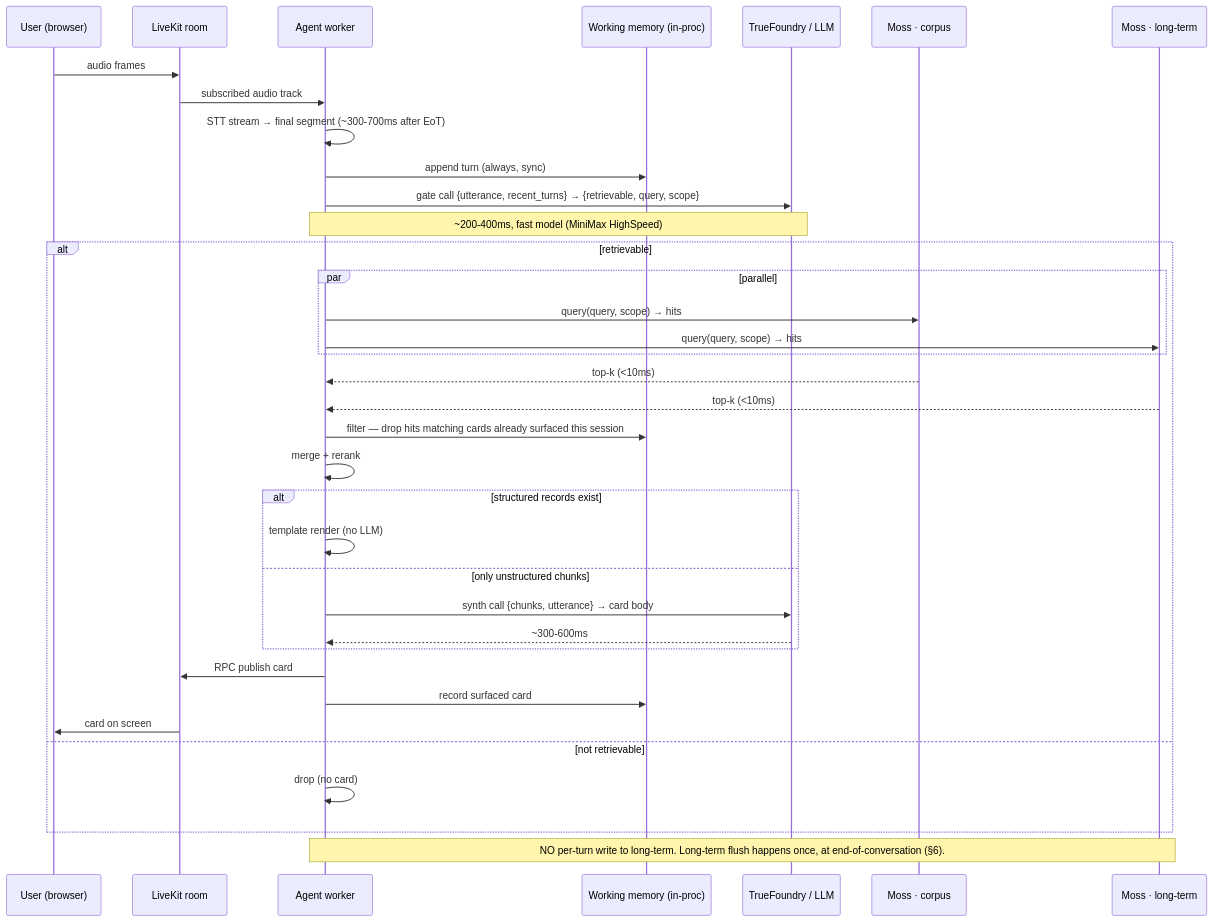
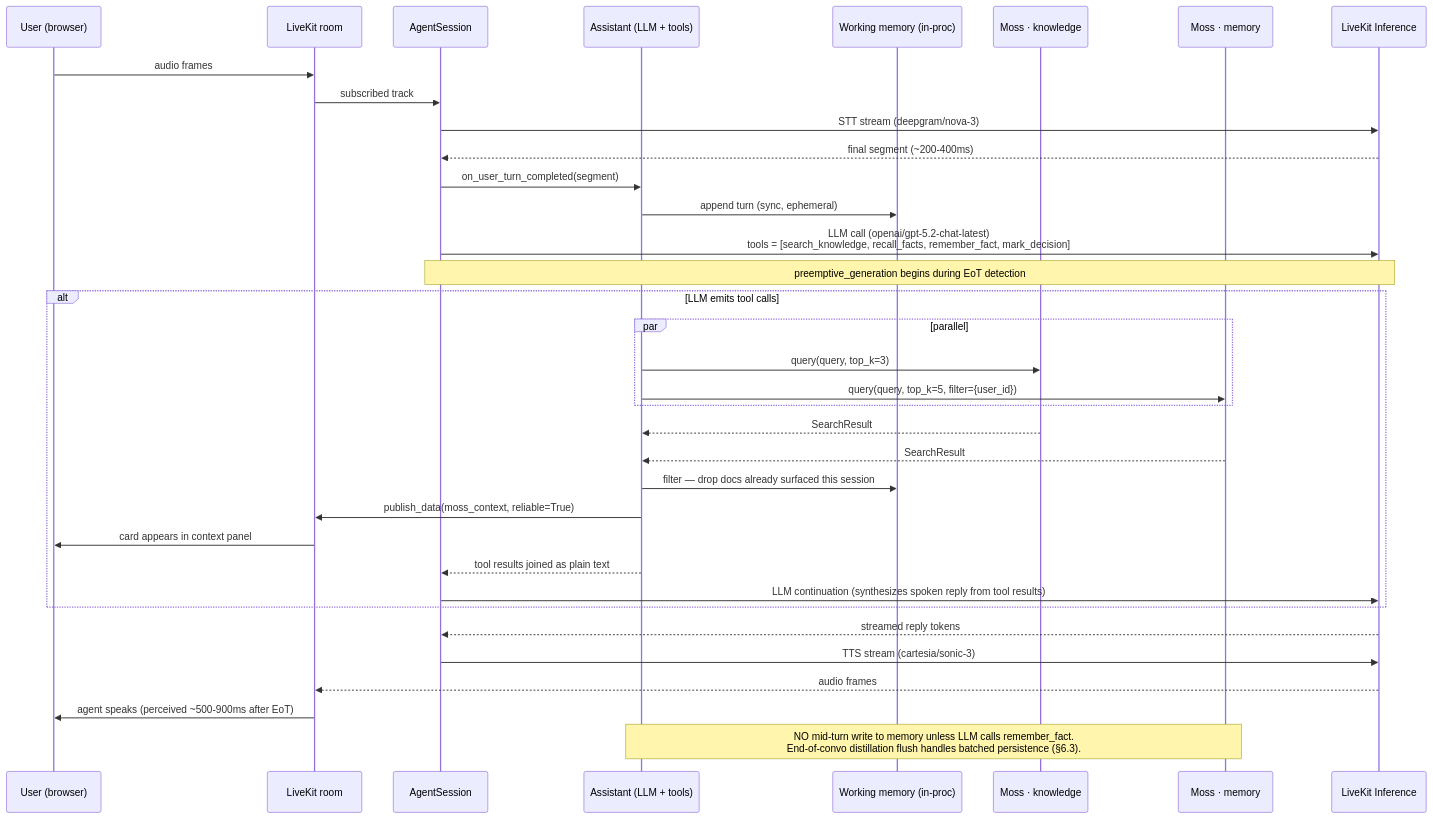
Before and after one commit to alimtaha/tellmequick: the second of 2 diagrams in technical-architecture.md, drawn with Mermaid. The commit also changed other lines of this file, not shown here.

First line of the commit message:
rewrite tech doc to extend the moss-hacker-starter scaffold

````diff
--- a/technical-architecture.md
+++ b/technical-architecture.md
@@ -79,39 +105,38 @@
 ```mermaid
 sequenceDiagram
   participant U as User (browser)
   participant R as LiveKit room
-  participant A as Agent worker
+  participant S as AgentSession
+  participant A as Assistant (LLM + tools)
   participant W as Working memory (in-proc)
-  participant T as TrueFoundry / LLM
-  participant C as Moss · corpus
-  participant L as Moss · long-term
+  participant K as Moss · knowledge
+  participant M as Moss · memory
+  participant I as LiveKit Inference
 
   U->>R: audio frames
-  R->>A: subscribed audio track
-  A->>A: STT stream → final segment (~300-700ms after EoT)
-  A->>W: append turn (always, sync)
-  A->>T: gate call {utterance, recent_turns} → {retrievable, query, scope}
-  Note over A,T: ~200-400ms, fast model (MiniMax HighSpeed)
-  alt retrievable
+  R->>S: subscribed track
+  S->>I: STT stream (deepgram/nova-3)
+  I-->>S: final segment (~200-400ms)
+  S->>A: on_user_turn_completed(segment)
+  A->>W: append turn (sync, ephemeral)
+  S->>I: LLM call (openai/gpt-5.2-chat-latest)<br/>tools = [search_knowledge, recall_facts, remember_fact, mark_decision]
+  Note over S,I: preemptive_generation begins during EoT detection
+  alt LLM emits tool calls
     par parallel
-      A->>C: query(query, scope) → hits
-      A->>L: query(query, scope) → hits
+      A->>K: query(query, top_k=3)
+      A->>M: query(query, top_k=5, filter={user_id})
     end
-    C-->>A: top-k (<10ms)
-    L-->>A: top-k (<10ms)
-    A->>W: filter — drop hits matching cards already surfaced this session
-    A->>A: merge + rerank
-    alt structured records exist
-      A->>A: template render (no LLM)
-    else only unstructured chunks
-      A->>T: synth call {chunks, utterance} → card body
-      T-->>A: ~300-600ms
-    end
-    A->>R: RPC publish card
-    A->>W: record surfaced card
-    R->>U: card on screen
-  else not retrievable
-    A->>A: drop (no card)
+    K-->>A: SearchResult
+    M-->>A: SearchResult
+    A->>W: filter — drop docs already surfaced this session
+    A->>R: publish_data(moss_context, reliable=True)
+    R->>U: card appears in context panel
+    A-->>S: tool results joined as plain text
+    S->>I: LLM continuation (synthesizes spoken reply from tool results)
   end
-  Note over A,L: NO per-turn write to long-term. Long-term flush happens once, at end-of-conversation (§6).
+  I-->>S: streamed reply tokens
+  S->>I: TTS stream (cartesia/sonic-3)
+  I-->>R: audio frames
+  R->>U: agent speaks (perceived ~500-900ms after EoT)
+  Note over A,M: NO mid-turn write to memory unless LLM calls remember_fact.<br/>End-of-convo distillation flush handles batched persistence (§6.3).
 ```
````
